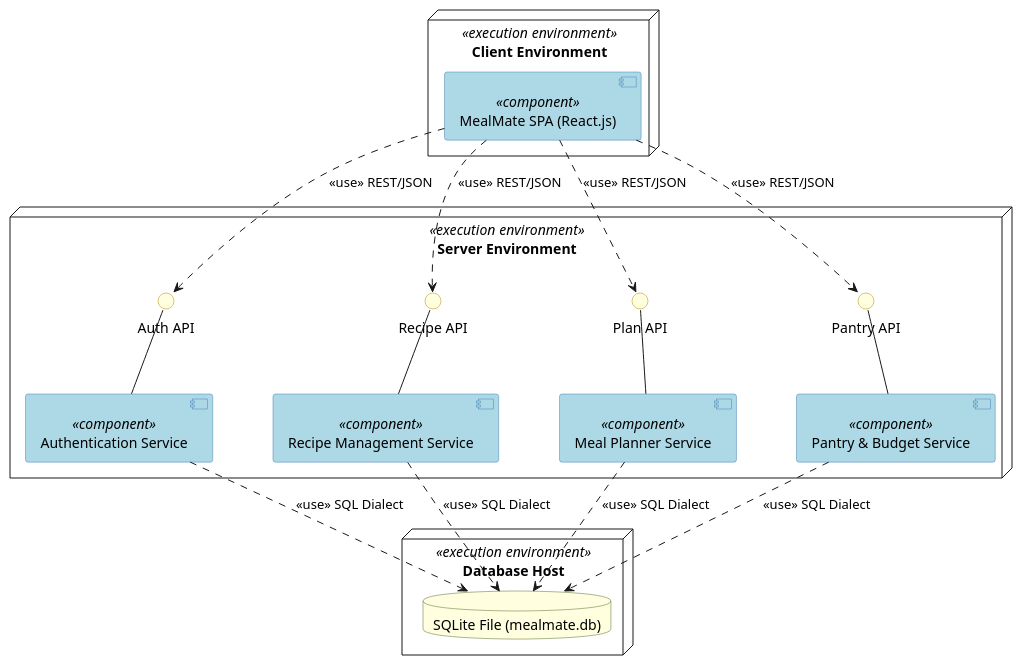
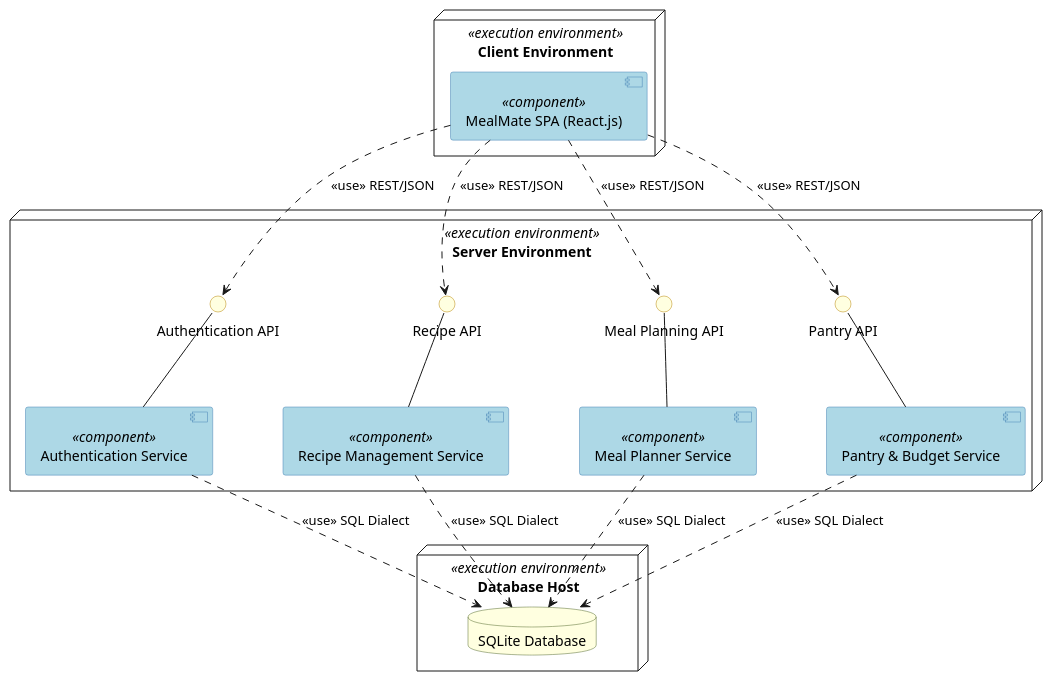
Before and after one commit to OmarIUBH/software-engineering-project: the second of 4 diagrams in docs/UML_DIAGRAMS.md, drawn with PlantUML. The commit also changed 1 other file, not shown here.

Commit message:
docs: polish component diagram labels for academic submission

````diff
--- a/docs/UML_DIAGRAMS.md
+++ b/docs/UML_DIAGRAMS.md
@@ -66,55 +66,55 @@
 ```plantuml
 @startuml MealMate_ComponentDiagram
 skinparam componentStyle uml2
-skinparam nodesep 60
-skinparam ranksep 60
+skinparam nodesep 70
+skinparam ranksep 70
 skinparam component {
   BackgroundColor LightBlue
   BorderColor SteelBlue
 }
 skinparam interface {
   BackgroundColor LightYellow
   BorderColor DarkGoldenRod
 }
 skinparam database {
   BackgroundColor LightYellow
   BorderColor DarkOliveGreen
 }
 
 node "Client Environment" <<execution environment>> {
   component "MealMate SPA (React.js)" as Client <<component>>
 }
 
 node "Server Environment" <<execution environment>> {
-  interface "Auth API" as IAuth
+  interface "Authentication API" as IAuth
   interface "Recipe API" as IRecipes
-  interface "Plan API" as IPlans
+  interface "Meal Planning API" as IPlans
   interface "Pantry API" as IPantry
 
   component "Authentication Service" as AuthService <<component>>
   component "Recipe Management Service" as RecipeService <<component>>
   component "Meal Planner Service" as PlannerService <<component>>
   component "Pantry & Budget Service" as PantryService <<component>>
 
   IAuth -down- AuthService
   IRecipes -down- RecipeService
   IPlans -down- PlannerService
   IPantry -down- PantryService
 }
 
 node "Database Host" <<execution environment>> {
-  database "SQLite File (mealmate.db)" as DB
+  database "SQLite Database" as DB
 }
 
 Client ..> IAuth : <<use>> REST/JSON
 Client ..> IRecipes : <<use>> REST/JSON
 Client ..> IPlans : <<use>> REST/JSON
 Client ..> IPantry : <<use>> REST/JSON
 
 AuthService ..> DB : <<use>> SQL Dialect
 RecipeService ..> DB : <<use>> SQL Dialect
 PlannerService ..> DB : <<use>> SQL Dialect
 PantryService ..> DB : <<use>> SQL Dialect
 
 @enduml
 ```
````
